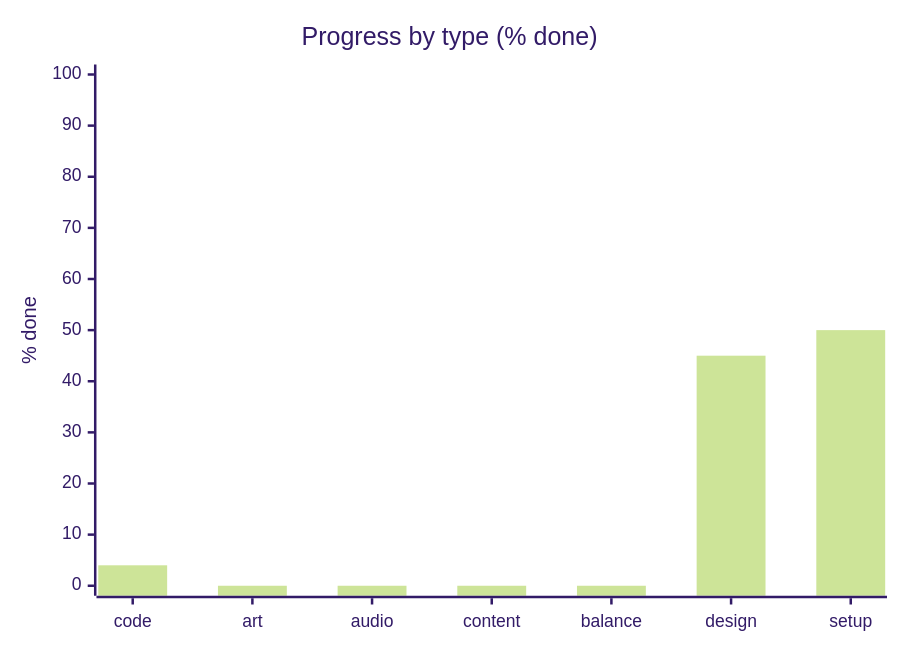
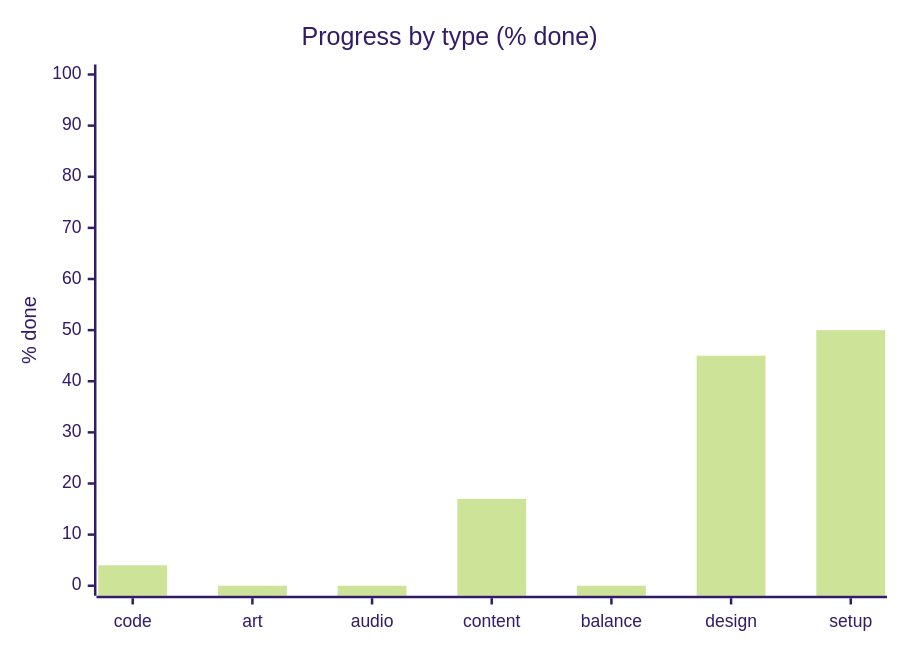
One commit to artemiiShabanov/RallyRivals changed the second of 3 diagrams in STATUS.md. Above: the diagram before and after it, drawn with Mermaid (forest theme). The commit also changed other lines of this file and 9 other files, not shown here.

````diff
--- a/STATUS.md
+++ b/STATUS.md
@@ -17,7 +17,7 @@
 ```mermaid
 xychart-beta
     title "Progress by type (% done)"
     x-axis ["code", "art", "audio", "content", "balance", "design", "setup"]
     y-axis "% done" 0 --> 100
-    bar [4, 0, 0, 0, 0, 45, 50]
+    bar [4, 0, 0, 17, 0, 45, 50]
 ```
````
